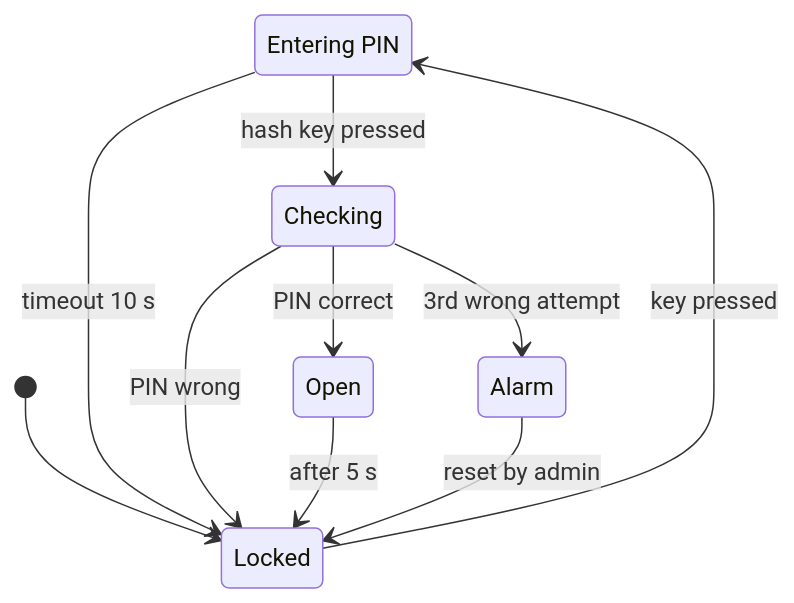
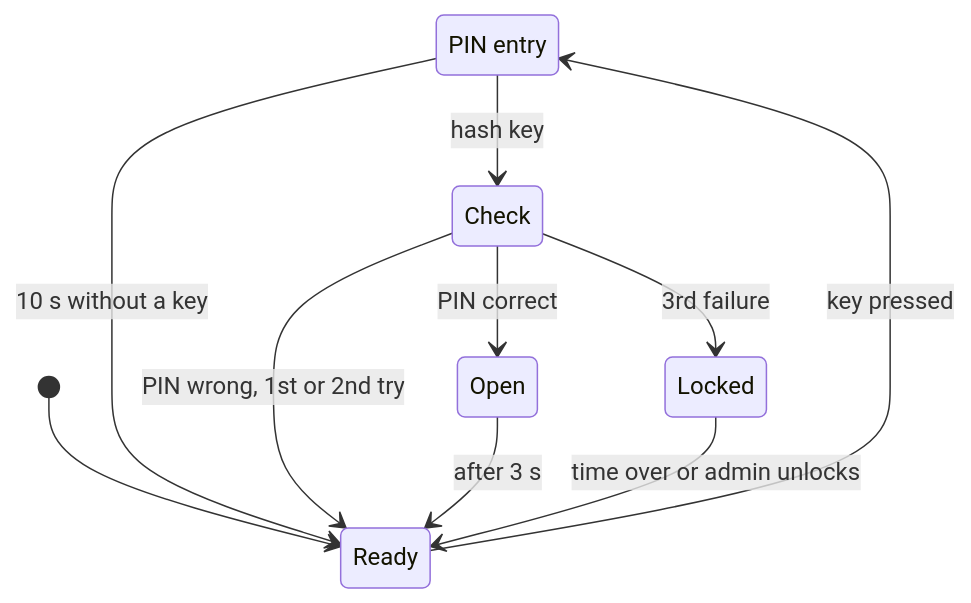
The second of 4 diagrams in README.md (philmay1/lf07-cyber-physische-systeme), drawn with Mermaid before and after one commit. The commit also changed other lines of this file and 9 other files, not shown here.

````diff
--- a/README.md
+++ b/README.md
@@ -138,13 +158,14 @@
 ```mermaid
 stateDiagram-v2
-    state "Entering PIN" as EnteringPIN
-    [*] --> Locked
-    Locked --> EnteringPIN: key pressed
-    EnteringPIN --> Checking: hash key pressed
-    EnteringPIN --> Locked: timeout 10 s
-    Checking --> Open: PIN correct
-    Checking --> Locked: PIN wrong
-    Checking --> Alarm: 3rd wrong attempt
-    Open --> Locked: after 5 s
-    Alarm --> Locked: reset by admin
+    state "PIN entry" as PINEntry
+    state "Check" as Check
+    [*] --> Ready
+    Ready --> PINEntry: key pressed
+    PINEntry --> Check: hash key
+    PINEntry --> Ready: 10 s without a key
+    Check --> Open: PIN correct
+    Check --> Ready: PIN wrong, 1st or 2nd try
+    Check --> Locked: 3rd failure
+    Open --> Ready: after 3 s
+    Locked --> Ready: time over or admin unlocks
 ```
````
